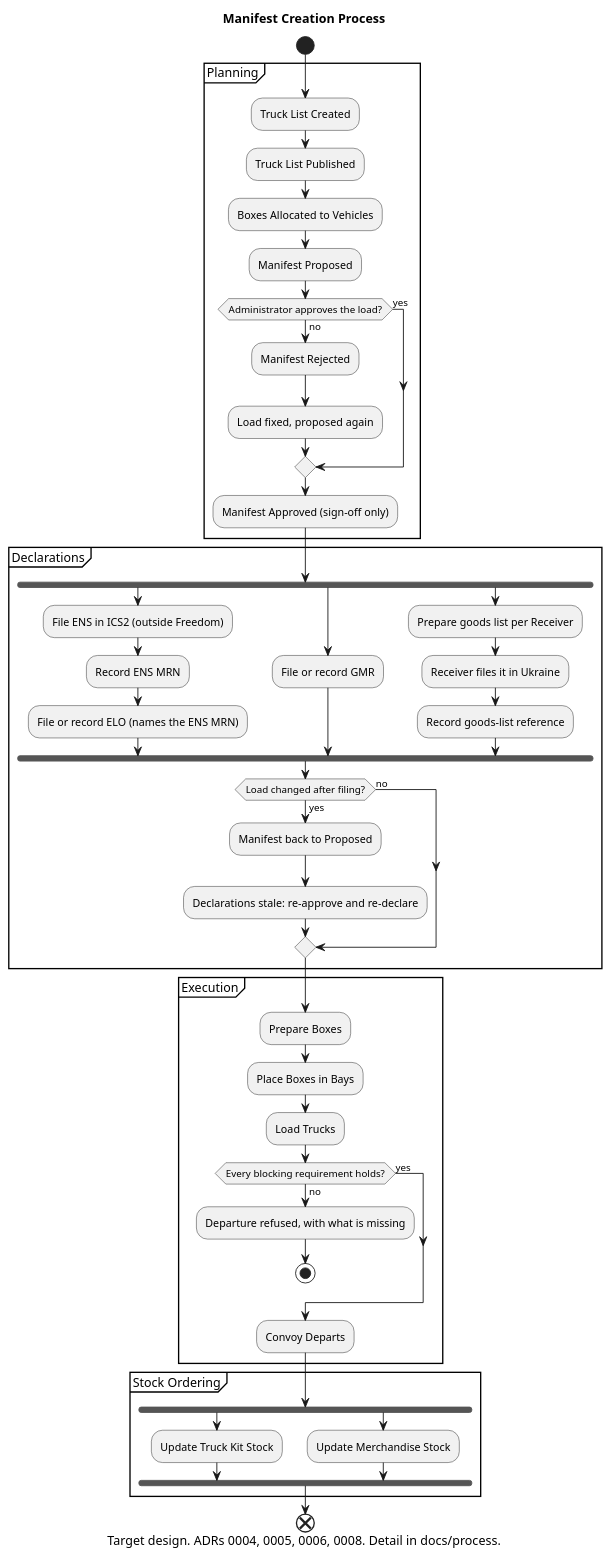
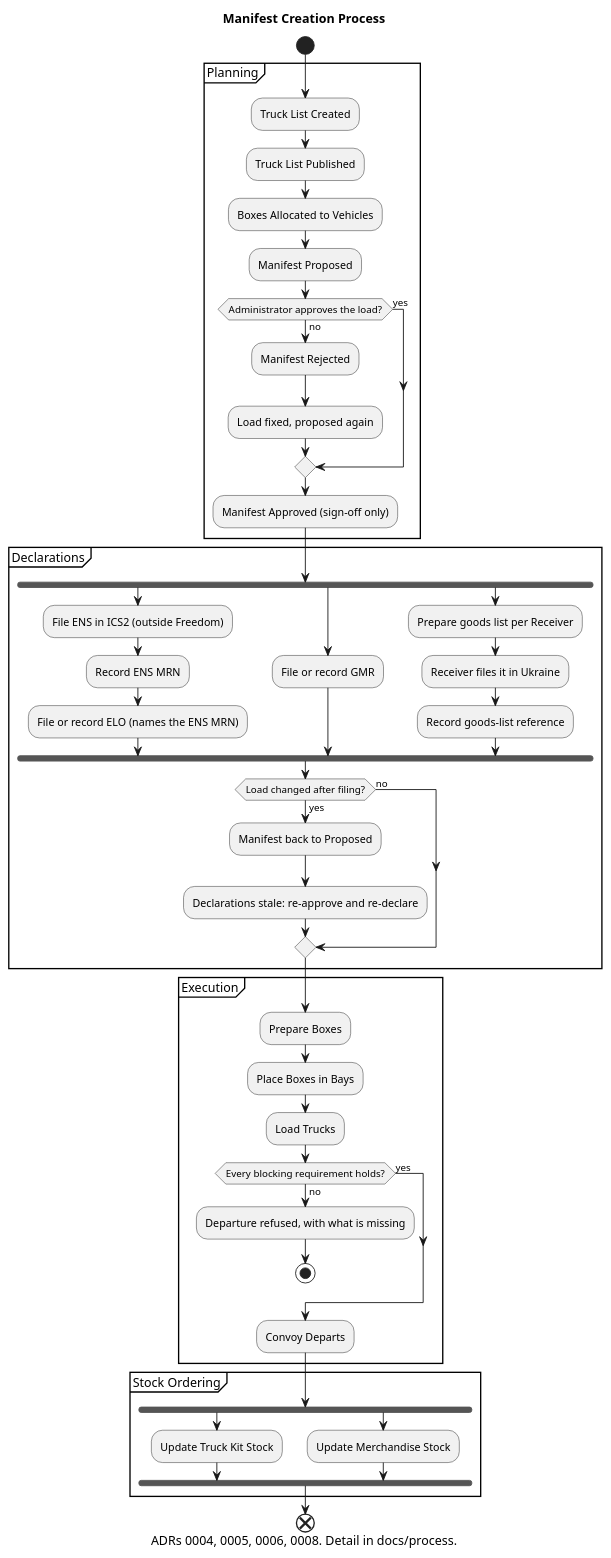
One commit to TheLastColonial/UA.Action.Freedom changed the diagram in docs/process.puml. Above: the diagram before and after it, drawn with PlantUML. The commit also changed 83 other files, not shown here.

Commit message:
15: Manifest becomes the load sign-off (#68)

```diff
--- a/docs/process.puml
+++ b/docs/process.puml
@@ -1,85 +1,84 @@
 @startuml Manifest Creation Process
 
-' TARGET DESIGN (ADRs 0004, 0005, 0006, 0008; decisions P6, X3, X5, O36).
-' Approval is no longer the fork that releases the paperwork: it signs off a vehicle's load, and the
-' declarations are prepared and filed afterwards, manually by default. The code still implements the
-' earlier version (approval refuses without an ENS, freezes the manifest, then hands off the GMR, the
-' document and the ELO) until docs/plans/08 and docs/plans/15 merge. That version of this file is in
+' ADRs 0004, 0005, 0006, 0008; decisions P6, X3, X5, O36. As built (plans 08, 13 and 15).
+' Approval is not the fork that releases the paperwork: it signs off a vehicle's load, and the
+' declarations are prepared and filed afterwards, manually by default. The earlier version (approval
+' refuses without an ENS, freezes the manifest, then hands off the GMR, the document and the ELO) is in
 ' git history at commit f659eed.
 '
 ' Role-by-role detail: docs/process/00-end-to-end-overview.puml and docs/process/05.
 
 title Manifest Creation Process
-caption Target design. ADRs 0004, 0005, 0006, 0008. Detail in docs/process.
+caption ADRs 0004, 0005, 0006, 0008. Detail in docs/process.
 
 start
 
 group Planning {
 
     :Truck List Created;
     ' Still the gate it always was: a manifest is proposed only against a published list.
     :Truck List Published;
     :Boxes Allocated to Vehicles;
     :Manifest Proposed;
 
     if (Administrator approves the load?) then (no)
         :Manifest Rejected;
         :Load fixed, proposed again;
     else (yes)
     endif
 
     :Manifest Approved (sign-off only);
 
 }
 
 group Declarations {
 
     ' The ENS comes first: the ELO pairs the crossing against its MRN. Filed outside Freedom by the
     ' Dispatcher, with the Ground Officer entering the consignee address (decisions X1, O32).
     fork
         :File ENS in ICS2 (outside Freedom);
         :Record ENS MRN;
         :File or record ELO (names the ENS MRN);
     fork again
         :File or record GMR;
     fork again
         :Prepare goods list per Receiver;
         :Receiver files it in Ukraine;
         :Record goods-list reference;
     end fork
 
     if (Load changed after filing?) then (yes)
         :Manifest back to Proposed;
         :Declarations stale: re-approve and re-declare;
     else (no)
     endif
 
 }
 
 group Execution {
 
     :Prepare Boxes;
     :Place Boxes in Bays;
     :Load Trucks;
     if (Every blocking requirement holds?) then (no)
         :Departure refused, with what is missing;
         stop
     else (yes)
     endif
     :Convoy Departs;
 
 }
 
 group Stock Ordering {
 
     fork
         :Update Truck Kit Stock;
     fork again
         :Update Merchandise Stock;
     end fork
 
 }
 
 end
 
 @enduml
```
